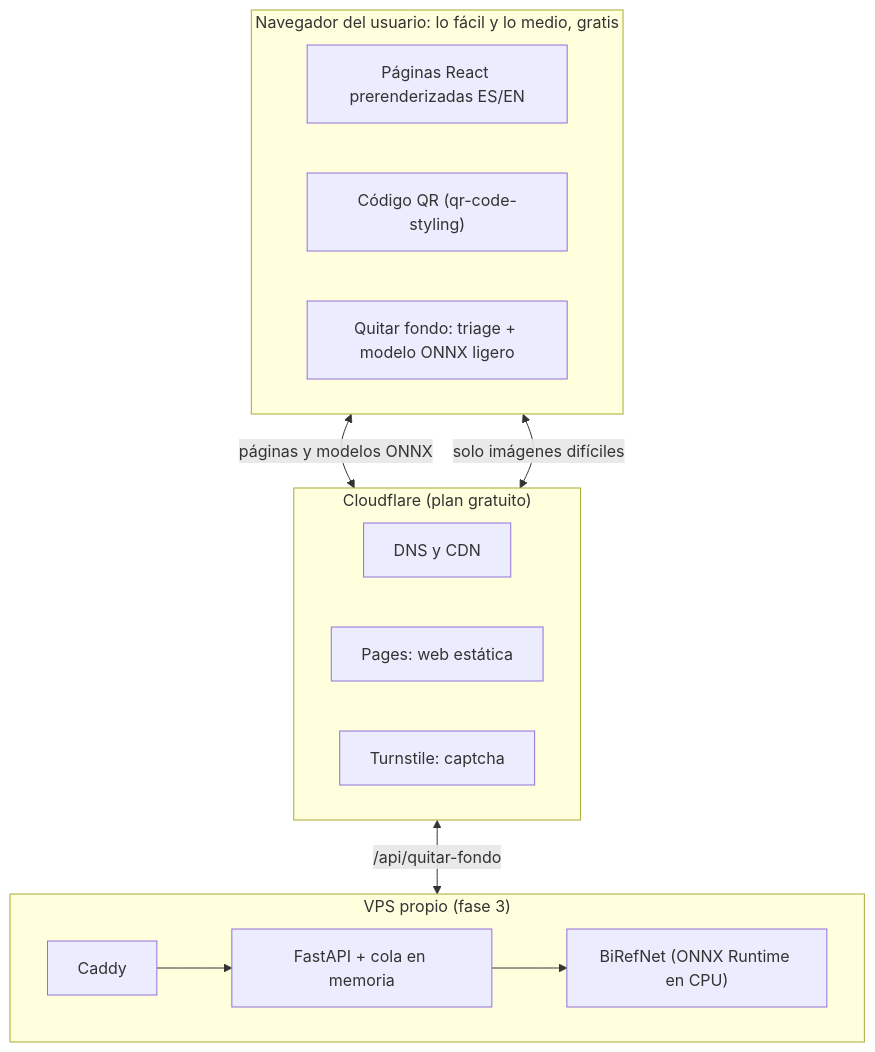
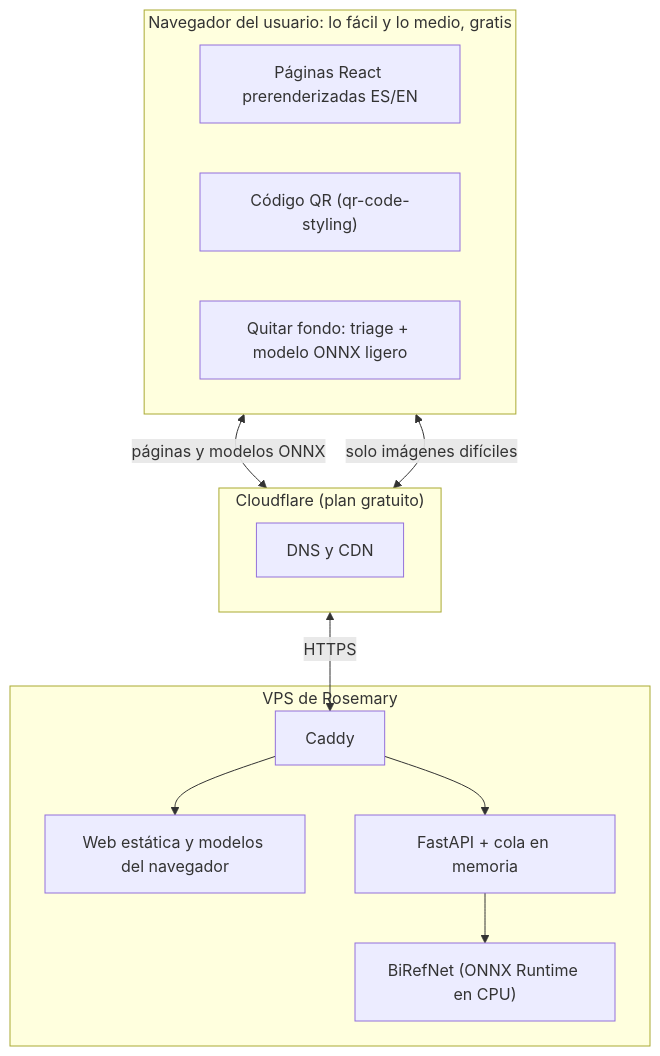
One commit to gabdiasalejandro/yaldatools changed the diagram in docs/especificaciones.md. Above: the diagram before and after it, drawn with Mermaid. The commit also changed other lines of this file and 14 other files, not shown here.

````diff
--- a/docs/especificaciones.md
+++ b/docs/especificaciones.md
@@ -135,19 +135,18 @@
 ```mermaid
 flowchart TB
   subgraph Navegador["Navegador del usuario: lo fácil y lo medio, gratis"]
     A["Páginas React prerenderizadas ES/EN"]
     B["Código QR (qr-code-styling)"]
     C["Quitar fondo: triage + modelo ONNX ligero"]
   end
   subgraph CF["Cloudflare (plan gratuito)"]
     D["DNS y CDN"]
-    E["Pages: web estática"]
-    F["Turnstile: captcha"]
   end
-  subgraph VPS["VPS propio (fase 3)"]
-    G["Caddy"] --> H["FastAPI + cola en memoria"] --> I["BiRefNet (ONNX Runtime en CPU)"]
+  subgraph VPS["VPS de Rosemary"]
+    G["Caddy"] --> W["Web estática y modelos del navegador"]
+    G --> H["FastAPI + cola en memoria"] --> I["BiRefNet (ONNX Runtime en CPU)"]
   end
   Navegador <-- "páginas y modelos ONNX" --> CF
   Navegador <-- "solo imágenes difíciles" --> CF
-  CF <-- "/api/quitar-fondo" --> VPS
+  CF <-- "HTTPS" --> G
 ```
````
